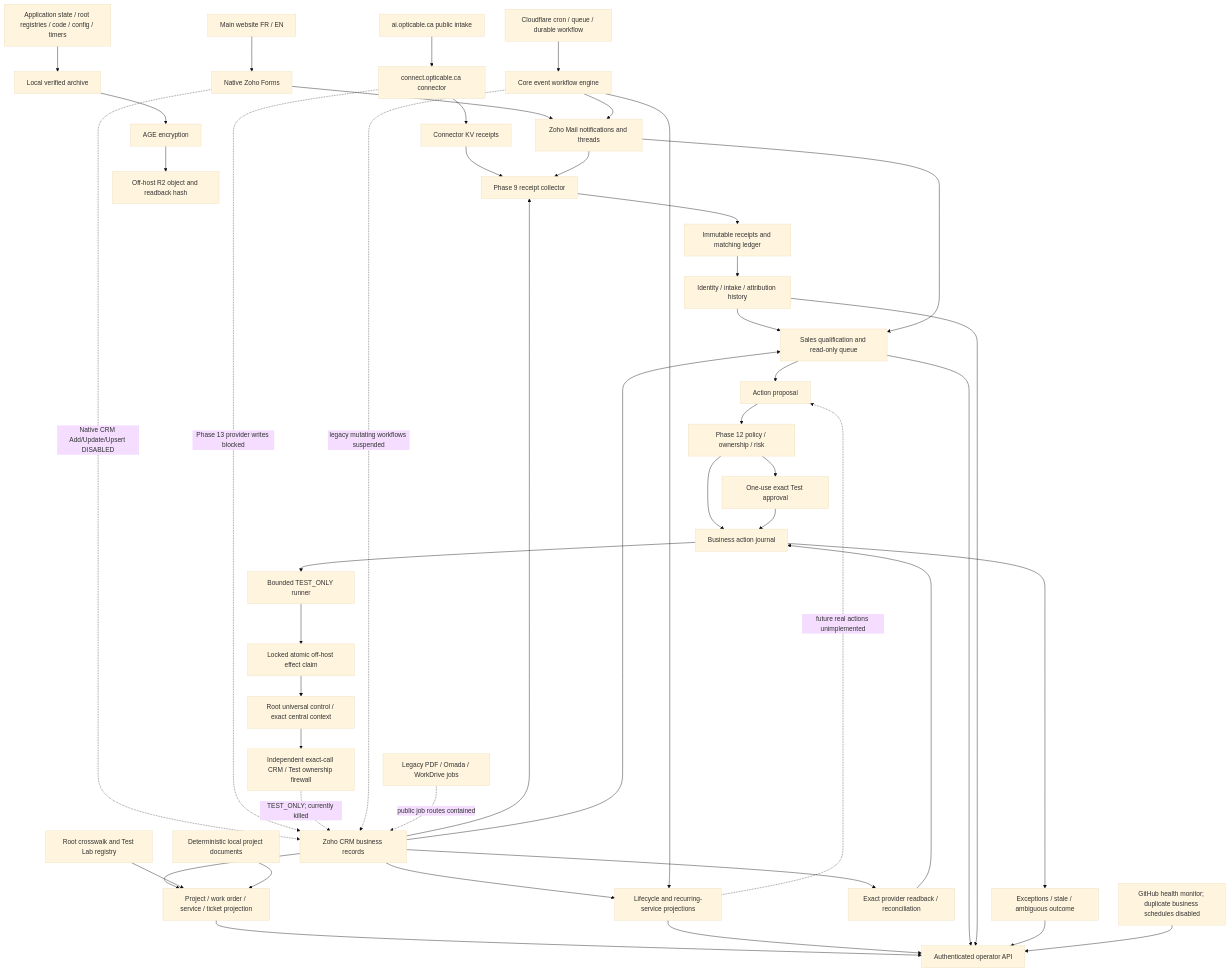
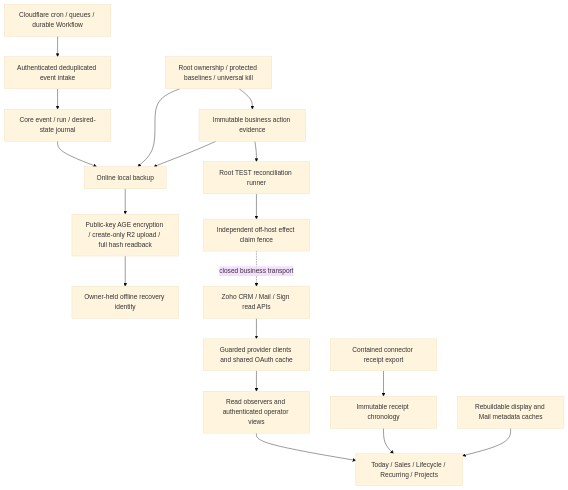
The diagram in docs/OPTIBRAIN_ARCHITECTURE_BLUEPRINT.md (yboucher97/opticable-api-platform), drawn with Mermaid (base theme) before and after one commit. The commit also changed other lines of this file and 55 other files, not shown here.

Commit message:
Consolidate Phase 14 release, recovery and operational contracts

````diff
--- a/docs/OPTIBRAIN_ARCHITECTURE_BLUEPRINT.md
+++ b/docs/OPTIBRAIN_ARCHITECTURE_BLUEPRINT.md
@@ -17,50 +7,20 @@
 ```mermaid
 flowchart TD
-  AI[ai.opticable.ca public intake] --> EDGE[connect.opticable.ca connector]
-  WEB[Main website FR / EN] --> FORMS[Native Zoho Forms]
-  CRM[Zoho CRM business records]
-  FORMS -. Native CRM Add/Update/Upsert DISABLED .-> CRM
-  FORMS --> MAIL[Zoho Mail notifications and threads]
-  EDGE --> KV[Connector KV receipts]
-  EDGE -. Phase 13 provider writes blocked .-> CRM
-  KV --> RECEIPTS[Phase 9 receipt collector]
-  MAIL --> RECEIPTS
-  CRM --> RECEIPTS
-  RECEIPTS --> RDB[Immutable receipts and matching ledger]
-  RDB --> ID[Identity / intake / attribution history]
-  ID --> SALES[Sales qualification and read-only queue]
-  CRM --> SALES
-  MAIL --> SALES
-  CRM --> LIFE[Lifecycle and recurring-service projections]
-  CRM --> OPS[Project / work order / service / ticket projection]
-  CROSS[Root crosswalk and Test Lab registry] --> OPS
-  DOCS[Deterministic local project documents] --> OPS
-  SALES --> PROP[Action proposal]
-  LIFE -. future real actions unimplemented .-> PROP
-  PROP --> POLICY[Phase 12 policy / ownership / risk]
-  POLICY --> APPROVAL[One-use exact Test approval]
-  POLICY --> JOURNAL[Business action journal]
-  APPROVAL --> JOURNAL
-  JOURNAL --> RUNNER[Bounded TEST_ONLY runner]
-  RUNNER --> CLAIM[Locked atomic off-host effect claim]
-  CLAIM --> GATE[Root universal control / exact central context]
-  GATE --> FENCE[Independent exact-call CRM / Test ownership firewall]
-  FENCE -. TEST_ONLY; currently killed .-> CRM
-  CRM --> RECON[Exact provider readback / reconciliation]
-  RECON --> JOURNAL
-  JOURNAL --> EXC[Exceptions / stale / ambiguous outcome]
-  OPS --> OP[Authenticated operator API]
-  LIFE --> OP
-  SALES --> OP
-  ID --> OP
-  EXC --> OP
-  CF[Cloudflare cron / queue / durable workflow] --> ENGINE[Core event workflow engine]
-  GH[GitHub health monitor; duplicate business schedules disabled] --> OP
-  ENGINE --> MAIL
-  ENGINE --> LIFE
-  ENGINE -. legacy mutating workflows suspended .-> CRM
-  LEGACY[Legacy PDF / Omada / WorkDrive jobs] -. public job routes contained .-> CRM
-  LOCAL[Application state / root registries / code / config / timers] --> BACKUP[Local verified archive]
-  BACKUP --> AGE[AGE encryption]
-  AGE --> R2[Off-host R2 object and readback hash]
+  Z[Zoho CRM / Mail / Sign read APIs] --> G[Guarded provider clients and shared OAuth cache]
+  G --> O[Read observers and authenticated operator views]
+  CF[Cloudflare cron / queues / durable Workflow] --> E[Authenticated deduplicated event intake]
+  C[Contained connector receipt export] --> R[Immutable receipt chronology]
+  E --> J[Core event / run / desired-state journal]
+  R --> T[Today / Sales / Lifecycle / Recurring / Projects]
+  O --> T
+  S[Rebuildable display and Mail metadata caches] --> T
+  P[Root ownership / protected baselines / universal kill] --> A[Immutable business action evidence]
+  A --> RR[Root TEST reconciliation runner]
+  RR --> X[Independent off-host effect claim fence]
+  X -. closed business transport .-> Z
+  J --> B[Online local backup]
+  A --> B
+  P --> B
+  B --> AGE[Public-key AGE encryption / create-only R2 upload / full hash readback]
+  AGE --> OWNER[Owner-held offline recovery identity]
 ```
````
